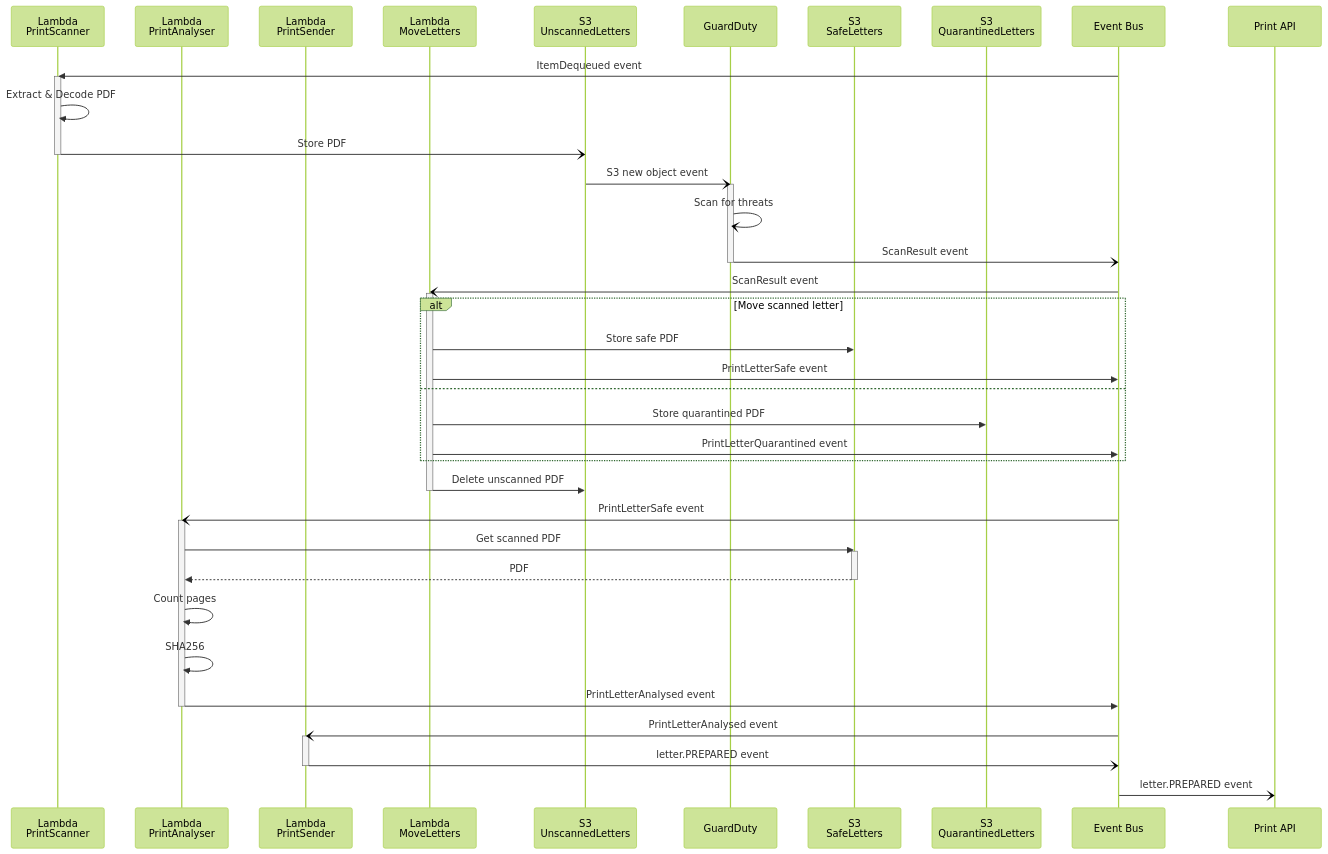
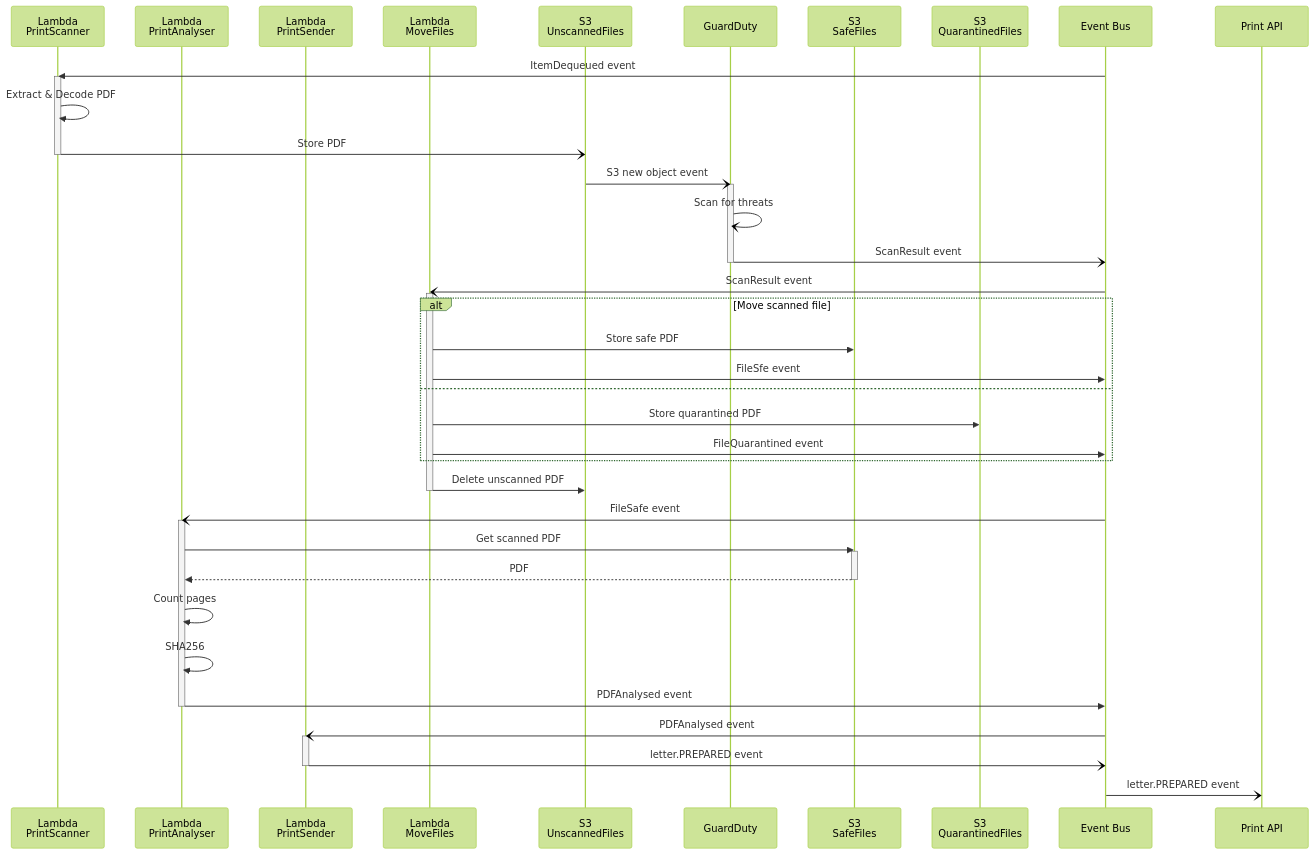
The diagram in docs/collections/_diagrams/sequence-print-metadata.md (NHSDigital/nhs-notify-digital-letters), drawn with Mermaid (forest theme) before and after one commit. The commit also changed 1 other file, not shown here.

Commit message:
Correct S3 & event names: Letters -> Files

````diff
--- a/docs/collections/_diagrams/sequence-print-metadata.md
+++ b/docs/collections/_diagrams/sequence-print-metadata.md
@@ -7,50 +7,50 @@
 ```mermaid
 sequenceDiagram
-  participant scannerlambda as Lambda<br/>PrintScanner
+  participant scannerLambda as Lambda<br/>PrintScanner
   participant analyserLambda as Lambda<br/>PrintAnalyser
   participant senderLambda as Lambda<br/>PrintSender
-  participant moveLambda as Lambda<br/>MoveLetters
-  participant unscannedS3 as S3<br/>UnscannedLetters
+  participant moveLambda as Lambda<br/>MoveFiles
+  participant unscannedS3 as S3<br/>UnscannedFiles
   participant gd as GuardDuty
-  participant safeS3 as S3<br/>SafeLetters
-  participant quarantinedS3 as S3<br/>QuarantinedLetters
+  participant safeS3 as S3<br/>SafeFiles
+  participant quarantinedS3 as S3<br/>QuarantinedFiles
   participant eventBus as Event Bus
   participant printApi as Print API
 
-  eventBus ->> scannerlambda: ItemDequeued event
-  activate scannerlambda
-  scannerlambda ->> scannerlambda: Extract & Decode PDF
-        scannerlambda -) unscannedS3: Store PDF
-  deactivate scannerlambda
+  eventBus ->> scannerLambda: ItemDequeued event
+  activate scannerLambda
+  scannerLambda ->> scannerLambda: Extract & Decode PDF
+        scannerLambda -) unscannedS3: Store PDF
+  deactivate scannerLambda
   unscannedS3 -) gd: S3 new object event
   activate gd
       gd -) gd: Scan for threats
       gd -) eventBus: ScanResult event
   deactivate gd
   eventBus -) moveLambda: ScanResult event
   activate moveLambda
-    alt Move scanned letter
+    alt Move scanned file
       moveLambda ->> safeS3: Store safe PDF
-      moveLambda ->> eventBus: PrintLetterSafe event
+      moveLambda ->> eventBus: FileSfe event
     else
       moveLambda ->> quarantinedS3: Store quarantined PDF
-      moveLambda ->> eventBus: PrintLetterQuarantined event
+      moveLambda ->> eventBus: FileQuarantined event
   end
   moveLambda ->> unscannedS3: Delete unscanned PDF
   deactivate moveLambda
-  eventBus -) analyserLambda: PrintLetterSafe event
+  eventBus -) analyserLambda: FileSafe event
   activate analyserLambda
   analyserLambda ->> safeS3: Get scanned PDF
         activate safeS3
                 safeS3 -->> analyserLambda: PDF
         deactivate safeS3
   analyserLambda ->> analyserLambda: Count pages
   analyserLambda ->> analyserLambda: SHA256
-  analyserLambda ->> eventBus: PrintLetterAnalysed event
+  analyserLambda ->> eventBus: PDFAnalysed event
   deactivate analyserLambda
-  eventBus -) senderLambda: PrintLetterAnalysed event
+  eventBus -) senderLambda: PDFAnalysed event
   activate senderLambda
   senderLambda -) eventBus: letter.PREPARED event
   deactivate senderLambda
   eventBus -) printApi: letter.PREPARED event
 ```
````
